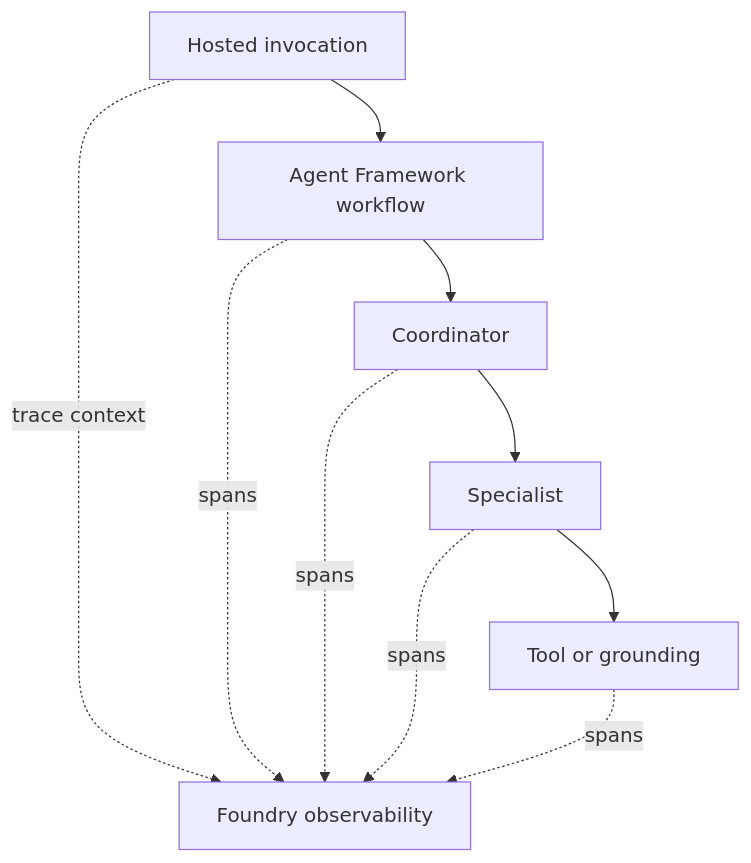
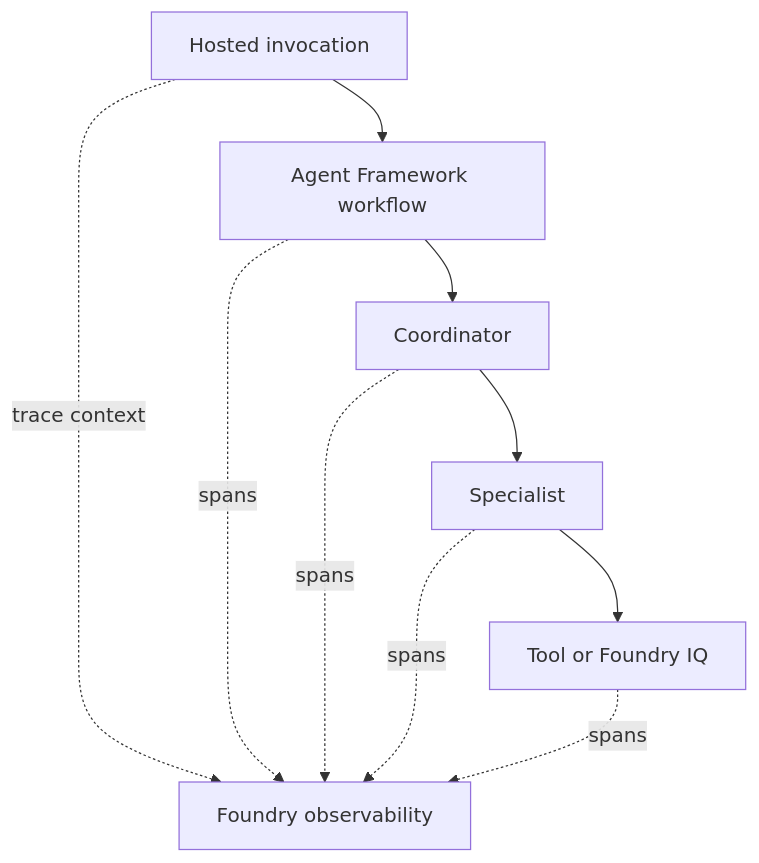
One commit to tmathew1000/foundry-multi-agent-developer-lab changed the diagram in docs/04-deploy-trace.md. Above: the diagram before and after it, drawn with Mermaid. The commit also changed other lines of this file and 37 other files, not shown here.

````diff
--- a/docs/04-deploy-trace.md
+++ b/docs/04-deploy-trace.md
@@ -23,12 +23,12 @@
 ```mermaid
 flowchart TB
     I[Hosted invocation] --> W[Agent Framework workflow]
     W --> C[Coordinator]
     C --> S[Specialist]
-    S --> T[Tool or grounding]
+    S --> T[Tool or Foundry IQ]
     I -. trace context .-> O[Foundry observability]
     W -. spans .-> O
     C -. spans .-> O
     S -. spans .-> O
     T -. spans .-> O
 ```
````
